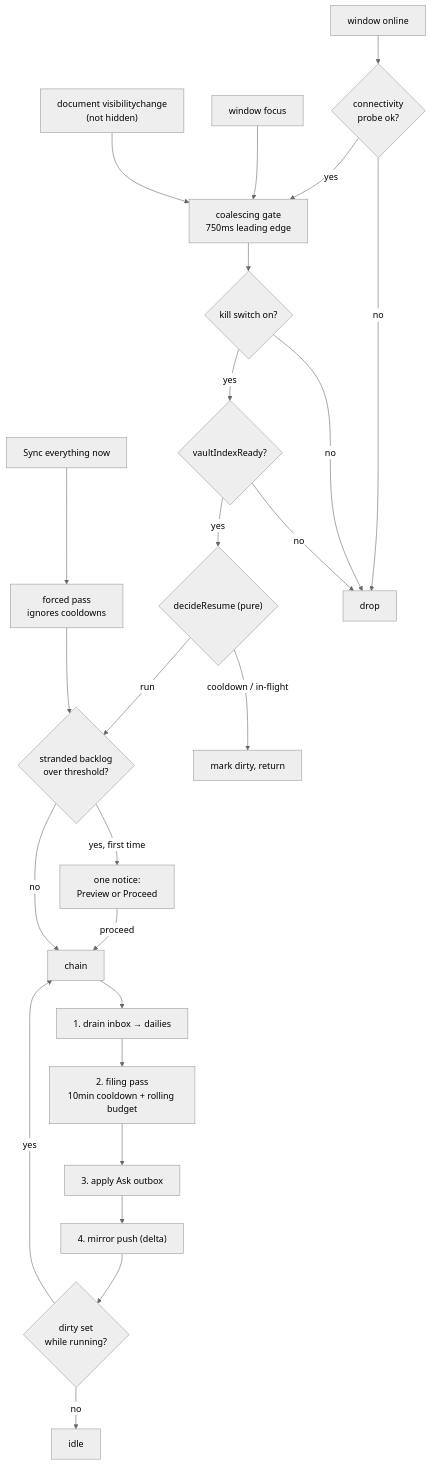
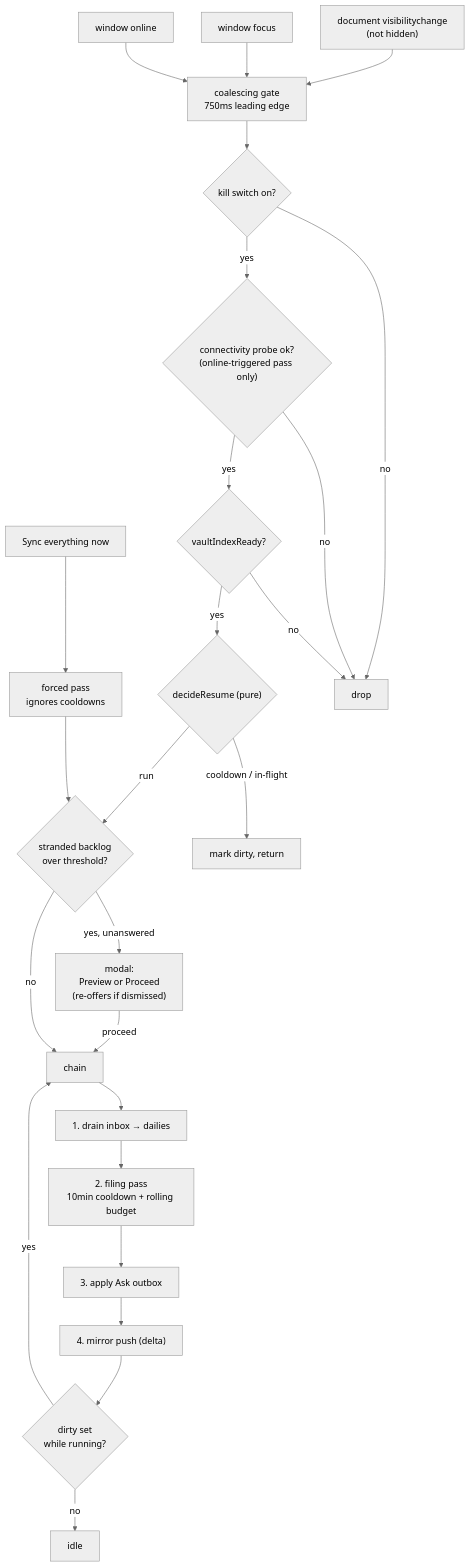
One commit to taihartman/obsidian-atoms changed the first of 3 diagrams in docs/plans/2026-07-31-001-feat-resume-catch-up-plan.md. Above: the diagram before and after it, drawn with Mermaid (neutral theme). The commit also changed other lines of this file, not shown here.

````diff
--- a/docs/plans/2026-07-31-001-feat-resume-catch-up-plan.md
+++ b/docs/plans/2026-07-31-001-feat-resume-catch-up-plan.md
@@ -464,30 +547,30 @@
 ```mermaid
 flowchart TD
   A["document visibilitychange<br/>(not hidden)"] --> G
   B["window focus"] --> G
-  C["window online"] --> P{"connectivity<br/>probe ok?"}
-  P -->|no| X["drop"]
-  P -->|yes| G
+  C["window online"] --> G
   M["Sync everything now"] --> F["forced pass<br/>ignores cooldowns"]
 
   G["coalescing gate<br/>750ms leading edge"] --> K{"kill switch on?"}
-  K -->|no| X
-  K -->|yes| V{"vaultIndexReady?"}
+  K -->|no| X["drop"]
+  K -->|yes| P{"connectivity probe ok?<br/>(online-triggered pass only)"}
+  P -->|no| X
+  P -->|yes| V{"vaultIndexReady?"}
   V -->|no| X
   V -->|yes| D{"decideResume (pure)"}
   D -->|"cooldown / in-flight"| S["mark dirty, return"]
   D -->|run| B1
   F --> B1
 
-  B1{"stranded backlog<br/>over threshold?"} -->|"yes, first time"| N["one notice:<br/>Preview or Proceed"]
+  B1{"stranded backlog<br/>over threshold?"} -->|"yes, unanswered"| N["modal:<br/>Preview or Proceed<br/>(re-offers if dismissed)"]
   B1 -->|no| CH
   N -->|proceed| CH
 
   CH["chain"] --> C1["1. drain inbox → dailies"]
   C1 --> C2["2. filing pass<br/>10min cooldown + rolling budget"]
   C2 --> C3["3. apply Ask outbox"]
   C3 --> C4["4. mirror push (delta)"]
   C4 --> R{"dirty set<br/>while running?"}
   R -->|yes| CH
   R -->|no| E["idle"]
 ```
````
